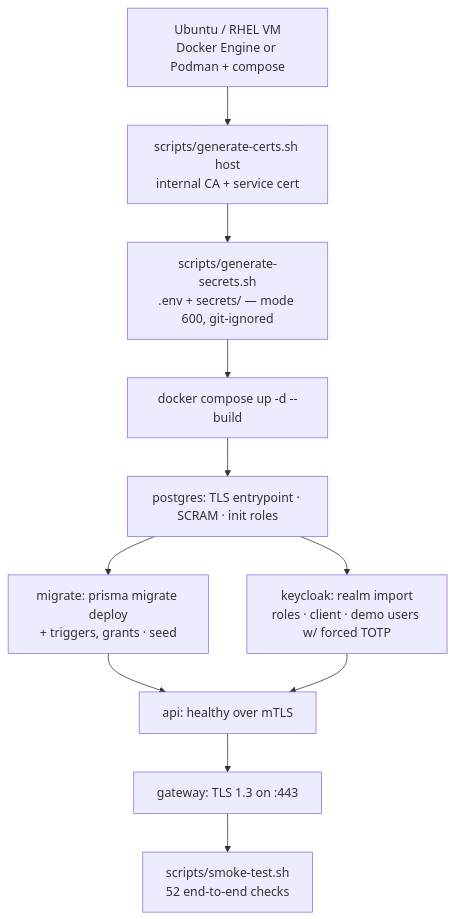
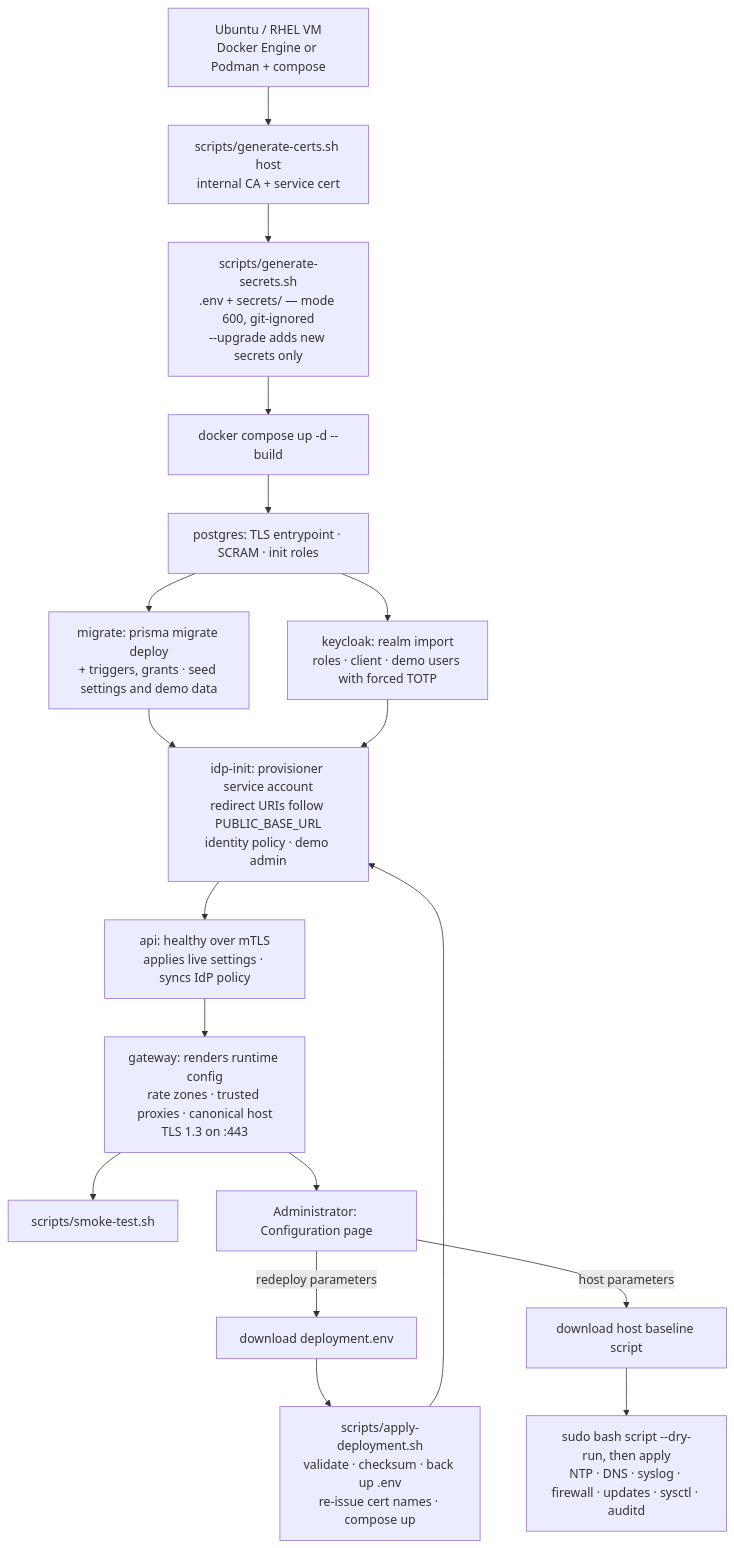
The diagram in docs/diagrams/13-deployment-bootstrap.mmd (subas-007/CISO_DASHBOARD), drawn with Mermaid before and after one commit. The commit also changed 99 other files, not shown here.

```diff
--- a/docs/diagrams/13-deployment-bootstrap.mmd
+++ b/docs/diagrams/13-deployment-bootstrap.mmd
@@ -1,11 +1,18 @@
 flowchart TD
     A[Ubuntu / RHEL VM<br/>Docker Engine or Podman + compose] --> B[scripts/generate-certs.sh host<br/>internal CA + service cert]
-    B --> C[scripts/generate-secrets.sh<br/>.env + secrets/ — mode 600, git-ignored]
+    B --> C[scripts/generate-secrets.sh<br/>.env + secrets/ — mode 600, git-ignored<br/>--upgrade adds new secrets only]
     C --> D[docker compose up -d --build]
     D --> E[postgres: TLS entrypoint · SCRAM · init roles]
-    E --> F[migrate: prisma migrate deploy<br/>+ triggers, grants · seed]
-    E --> G[keycloak: realm import<br/>roles · client · demo users w/ forced TOTP]
-    F --> H[api: healthy over mTLS]
-    G --> H
-    H --> I[gateway: TLS 1.3 on :443]
-    I --> J[scripts/smoke-test.sh<br/>52 end-to-end checks]
+    E --> F[migrate: prisma migrate deploy<br/>+ triggers, grants · seed settings and demo data]
+    E --> G[keycloak: realm import<br/>roles · client · demo users with forced TOTP]
+    F --> K[idp-init: provisioner service account<br/>redirect URIs follow PUBLIC_BASE_URL<br/>identity policy · demo admin]
+    G --> K
+    K --> H[api: healthy over mTLS<br/>applies live settings · syncs IdP policy]
+    H --> I[gateway: renders runtime config<br/>rate zones · trusted proxies · canonical host<br/>TLS 1.3 on :443]
+    I --> J[scripts/smoke-test.sh]
+    I --> L[Administrator: Configuration page]
+    L -->|redeploy parameters| M[download deployment.env]
+    M --> N[scripts/apply-deployment.sh<br/>validate · checksum · back up .env<br/>re-issue cert names · compose up]
+    N --> K
+    L -->|host parameters| O[download host baseline script]
+    O --> P[sudo bash script --dry-run, then apply<br/>NTP · DNS · syslog · firewall · updates · sysctl · auditd]
```
